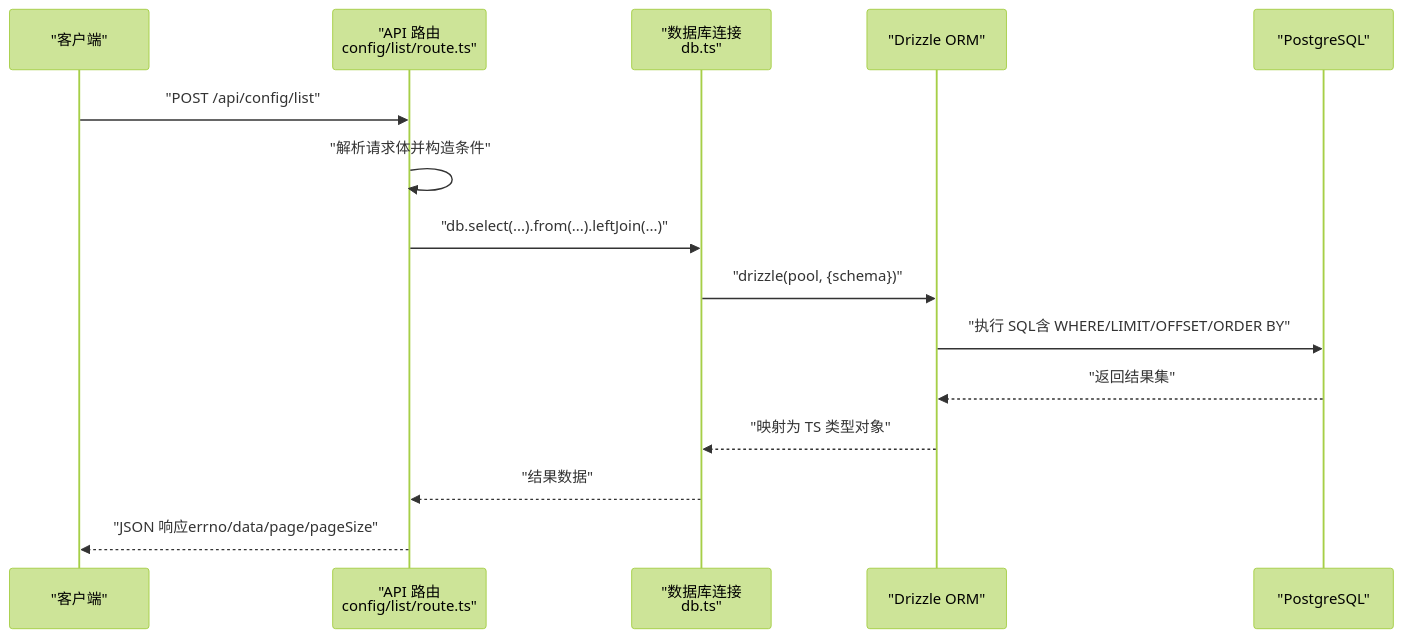
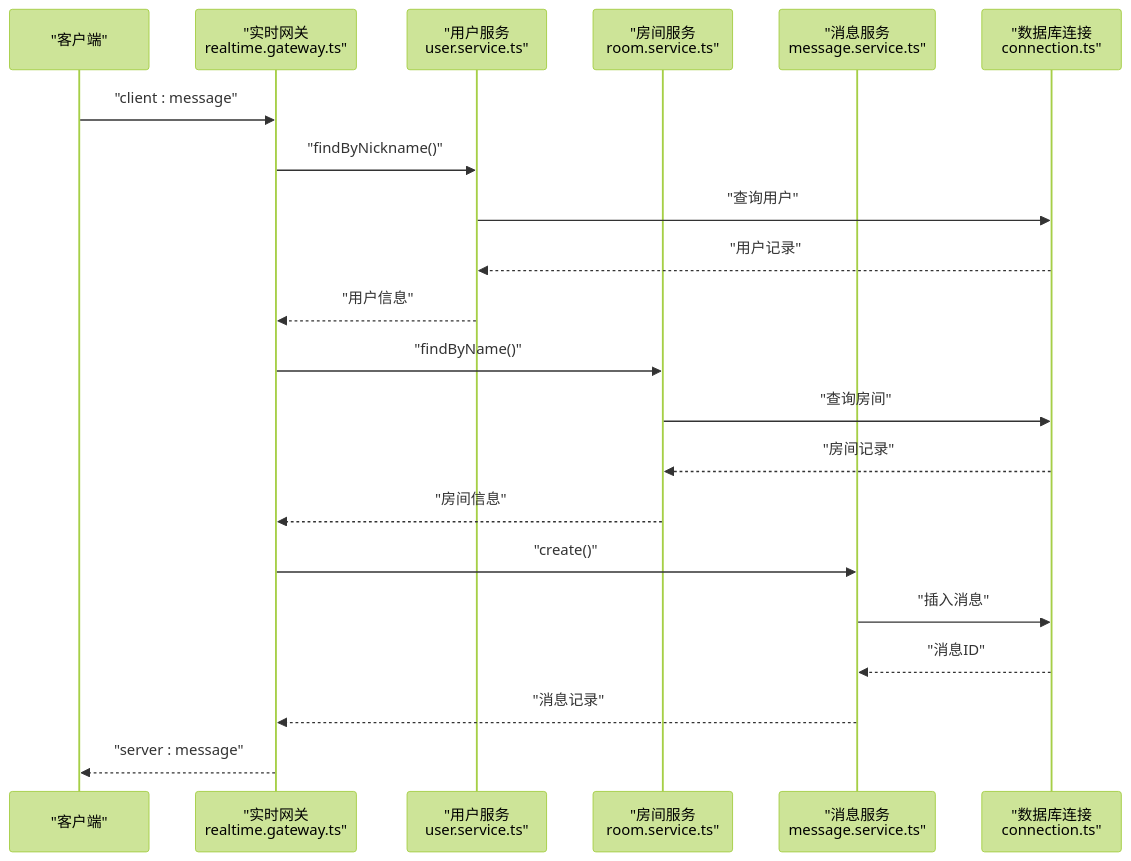
The second of 6 diagrams in .qoder/repowiki/zh/content/数据库集成/数据库集成.md (HAOFUYANG/nextjs-admin), drawn with Mermaid (forest theme) before and after one commit. The commit also changed other lines of this file and 36 other files, not shown here.

````diff
--- a/.qoder/repowiki/zh/content/数据库集成/数据库集成.md
+++ b/.qoder/repowiki/zh/content/数据库集成/数据库集成.md
@@ -113,17 +160,23 @@
 ```mermaid
 sequenceDiagram
 participant C as "客户端"
-participant R as "API 路由<br/>config/list/route.ts"
-participant D as "数据库连接<br/>db.ts"
-participant ORM as "Drizzle ORM"
-participant PG as "PostgreSQL"
-C->>R : "POST /api/config/list"
-R->>R : "解析请求体并构造条件"
-R->>D : "db.select(...).from(...).leftJoin(...)"
-D->>ORM : "drizzle(pool, {schema})"
-ORM->>PG : "执行 SQL含 WHERE/LIMIT/OFFSET/ORDER BY"
-PG-->>ORM : "返回结果集"
-ORM-->>D : "映射为 TS 类型对象"
-D-->>R : "结果数据"
-R-->>C : "JSON 响应errno/data/page/pageSize"
+participant G as "实时网关<br/>realtime.gateway.ts"
+participant US as "用户服务<br/>user.service.ts"
+participant RS as "房间服务<br/>room.service.ts"
+participant MS as "消息服务<br/>message.service.ts"
+participant DB as "数据库连接<br/>connection.ts"
+C->>G : "client : message"
+G->>US : "findByNickname()"
+US->>DB : "查询用户"
+DB-->>US : "用户记录"
+US-->>G : "用户信息"
+G->>RS : "findByName()"
+RS->>DB : "查询房间"
+DB-->>RS : "房间记录"
+RS-->>G : "房间信息"
+G->>MS : "create()"
+MS->>DB : "插入消息"
+DB-->>MS : "消息ID"
+MS-->>G : "消息记录"
+G-->>C : "server : message"
 ```
````
